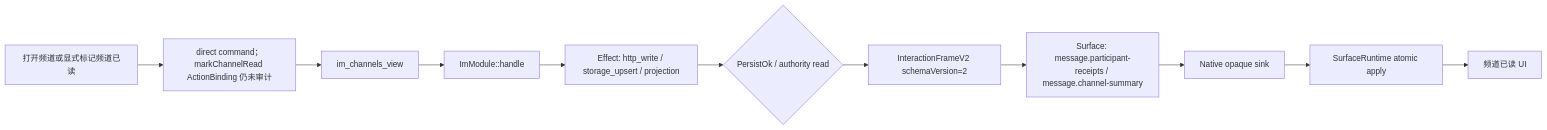
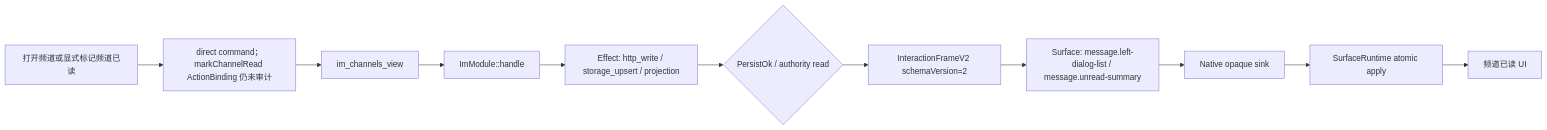
One commit to zxs1633079383/helix changed the diagram in docs/interaction-frame-v2-全量替换-按UC/G13/02-当前执行流程.mmd. Above: the diagram before and after it, drawn with Mermaid. The commit also changed 44 other files, not shown here.

```diff
--- a/docs/interaction-frame-v2-全量替换-按UC/G13/02-当前执行流程.mmd
+++ b/docs/interaction-frame-v2-全量替换-按UC/G13/02-当前执行流程.mmd
@@ -1,11 +1,11 @@
 flowchart LR
     A["打开频道或显式标记频道已读"] --> B["direct command；markChannelRead ActionBinding 仍未审计"]
     B --> C["im_channels_view"]
     C --> D["ImModule::handle"]
     D --> E["Effect: http_write / storage_upsert / projection"]
     E --> F{"PersistOk / authority read"}
     F --> G["InteractionFrameV2 schemaVersion=2"]
-    G --> H["Surface: message.participant-receipts / message.channel-summary"]
+    G --> H["Surface: message.left-dialog-list / message.unread-summary"]
     H --> I["Native opaque sink"]
     I --> J["SurfaceRuntime atomic apply"]
     J --> K["频道已读 UI"]
```
